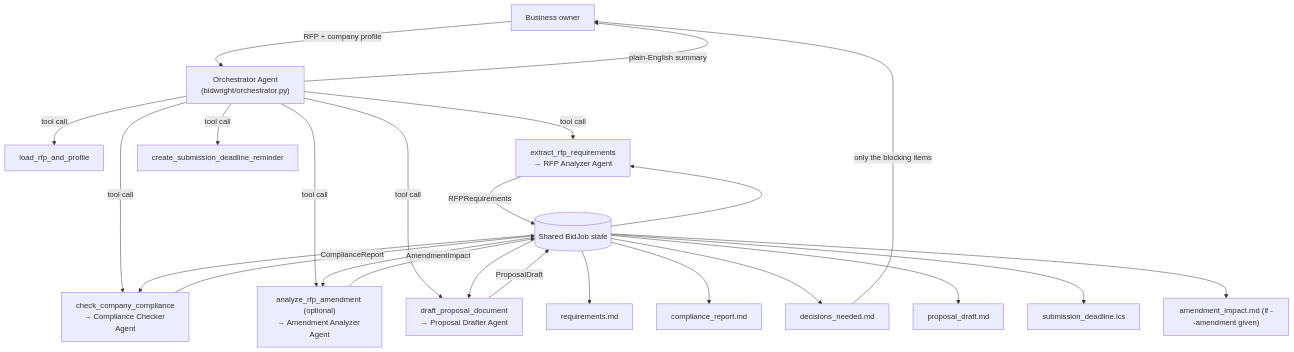
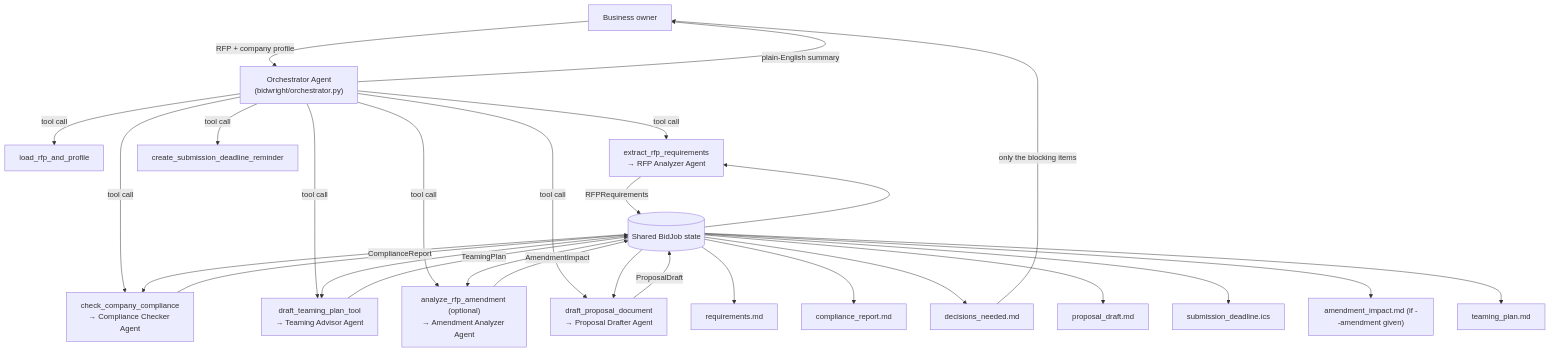
Before and after one commit to akashtalole/Agents-for-Humans-Hackathon: the diagram in BIDWRIGHT.md, drawn with Mermaid. The commit also changed other lines of this file and 6 other files, not shown here.

First line of the commit message:
Add Teaming Partner Gap-Fill Advisor to BidWright

````diff
--- a/BIDWRIGHT.md
+++ b/BIDWRIGHT.md
@@ -108,30 +145,34 @@
 ```mermaid
 flowchart TD
     U[Business owner] -->|RFP + company profile| O["Orchestrator Agent\n(bidwright/orchestrator.py)"]
 
     O -->|tool call| L[load_rfp_and_profile]
     O -->|tool call| A["extract_rfp_requirements\n→ RFP Analyzer Agent"]
     O -->|tool call| C["check_company_compliance\n→ Compliance Checker Agent"]
+    O -->|tool call| T["draft_teaming_plan_tool\n→ Teaming Advisor Agent"]
     O -->|tool call| R[create_submission_deadline_reminder]
     O -->|tool call| M["analyze_rfp_amendment (optional)\n→ Amendment Analyzer Agent"]
     O -->|tool call| P["draft_proposal_document\n→ Proposal Drafter Agent"]
 
     A -->|RFPRequirements| J[(Shared BidJob state)]
     C -->|ComplianceReport| J
+    T -->|TeamingPlan| J
     M -->|AmendmentImpact| J
     P -->|ProposalDraft| J
     J --> A
     J --> C
+    J --> T
     J --> M
     J --> P
 
     J --> F1[requirements.md]
     J --> F2[compliance_report.md]
     J --> F3[decisions_needed.md]
     J --> F4[proposal_draft.md]
     J --> F5[submission_deadline.ics]
     J --> F6["amendment_impact.md (if --amendment given)"]
+    J --> F7[teaming_plan.md]
 
     O -->|plain-English summary| U
     F3 -->|only the blocking items| U
 ```
````
